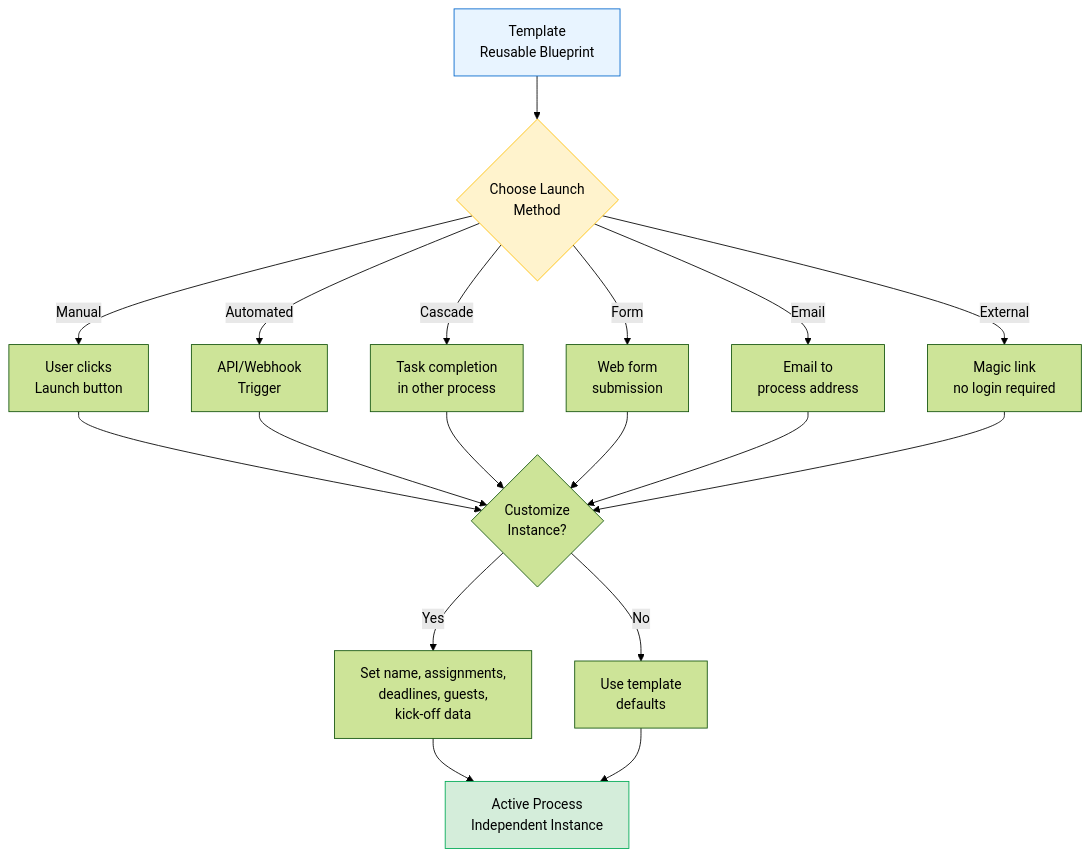
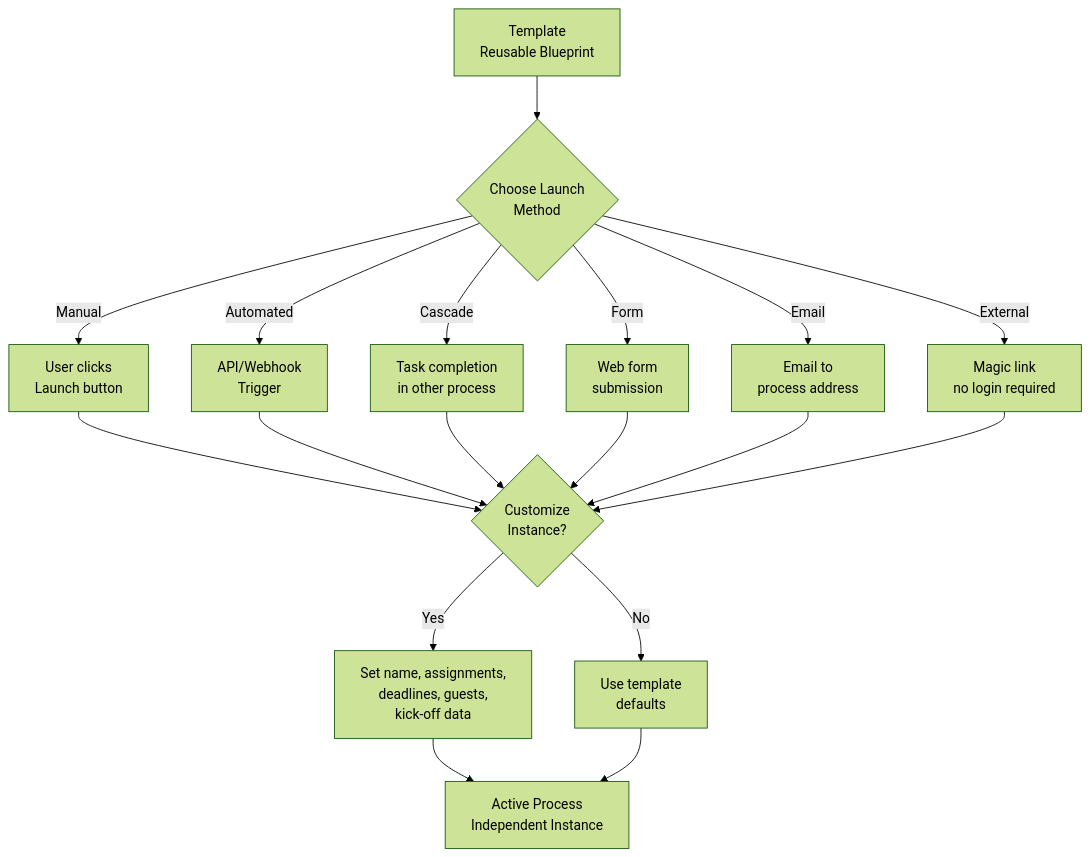
Before and after one commit to tallyfy/documentation: the diagram in src/content/docs/pro/launching/index.mdx, drawn with Mermaid (forest theme).

Commit message:
Remove style directives from launching/index.mdx
- Removed inline style directives from Mermaid diagram
- Global configuration in support-docs handles styling automatically

````diff
--- a/src/content/docs/pro/launching/index.mdx
+++ b/src/content/docs/pro/launching/index.mdx
@@ -56,35 +56,32 @@
 ```mermaid
 flowchart TD
     Template[Template<br/>Reusable Blueprint] --> Launch{Choose Launch<br/>Method}
     
     Launch -->|Manual| Manual[User clicks<br/>Launch button]
     Launch -->|Automated| API[API/Webhook<br/>Trigger]
     Launch -->|Cascade| Cascade[Task completion<br/>in other process]
     Launch -->|Form| WebForm[Web form<br/>submission]
     Launch -->|Email| Email[Email to<br/>process address]
     Launch -->|External| Magic[Magic link<br/>no login required]
     
     Manual --> Customize{Customize<br/>Instance?}
     API --> Customize
     Cascade --> Customize
     WebForm --> Customize
     Email --> Customize
     Magic --> Customize
     
     Customize -->|Yes| Custom[Set name, assignments,<br/>deadlines, guests,<br/>kick-off data]
     Customize -->|No| Default[Use template<br/>defaults]
     
     Custom --> Process[Active Process<br/>Independent Instance]
     Default --> Process
     
-    style Template fill:#E8F4FF,stroke:#0066CC
-    style Process fill:#D4EDDA,stroke:#00AA55
-    style Launch fill:#FFF3CD,stroke:#FFC107
     
     click Manual "/products/pro/launching/how-can-i-launch-a-process-in-tallyfy/" "Manual launching guide"
     click Template "/products/pro/documenting/templates/" "Templates overview"
     click Process "/products/pro/tracking-and-tasks/processes/" "Processes overview"
     click API "/products/pro/integrations/open-api/" "API documentation"
     click WebForm "/products/pro/launching/launch-triggers/form-submission/" "Form triggers"
     click Email "/products/pro/launching/launch-triggers/email-triggers/" "Email triggers"
 ```
````
